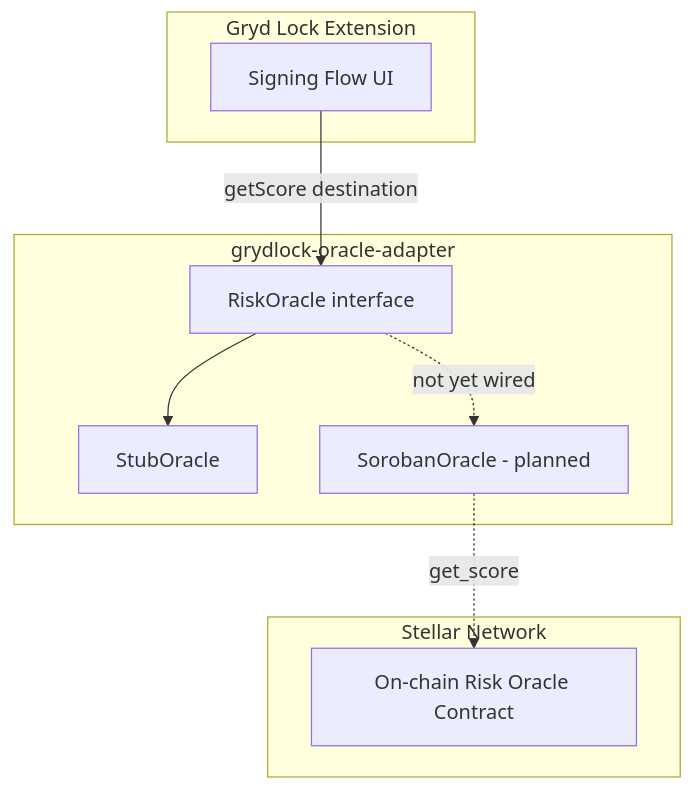
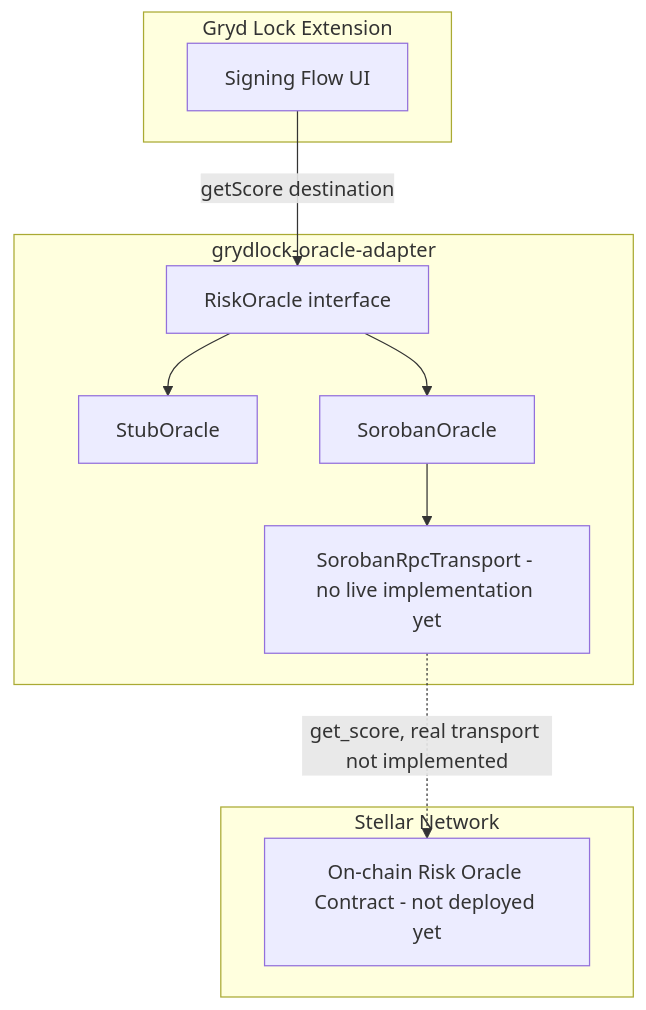
One commit to Gryd-lock/grydlock-oracle-adapter changed the first of 2 diagrams in README.md. Above: the diagram before and after it, drawn with Mermaid. The commit also changed other lines of this file and 14 other files, not shown here.

First line of the commit message:
feat(soroban): scaffold finality-aware SorobanOracle protocol

````diff
--- a/README.md
+++ b/README.md
@@ -63,21 +63,23 @@
 ```mermaid
 graph TB
     subgraph Extension["Gryd Lock Extension"]
         UI[Signing Flow UI]
     end
 
     subgraph Adapter["grydlock-oracle-adapter"]
         IFACE[RiskOracle interface]
         STUB[StubOracle]
-        SOROBAN[SorobanOracle - planned]
+        SOROBAN[SorobanOracle]
+        TRANSPORT[SorobanRpcTransport - no live implementation yet]
     end
 
     subgraph Chain["Stellar Network"]
-        CONTRACT[On-chain Risk Oracle Contract]
+        CONTRACT[On-chain Risk Oracle Contract - not deployed yet]
     end
 
     UI -->|getScore destination| IFACE
     IFACE --> STUB
-    IFACE -.->|not yet wired| SOROBAN
-    SOROBAN -.->|get_score| CONTRACT
+    IFACE --> SOROBAN
+    SOROBAN --> TRANSPORT
+    TRANSPORT -.->|get_score, real transport not implemented| CONTRACT
 ```
````
